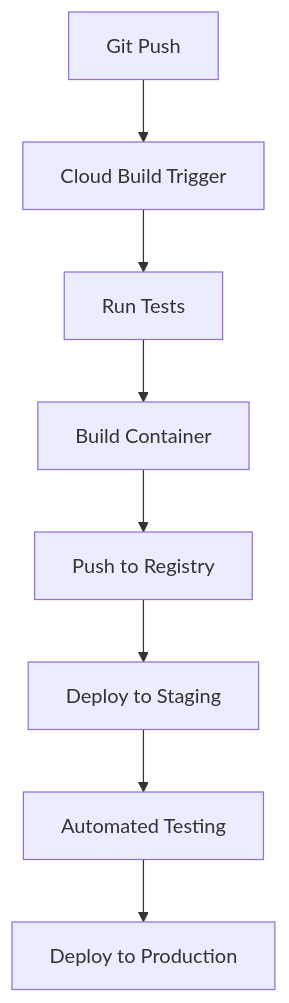
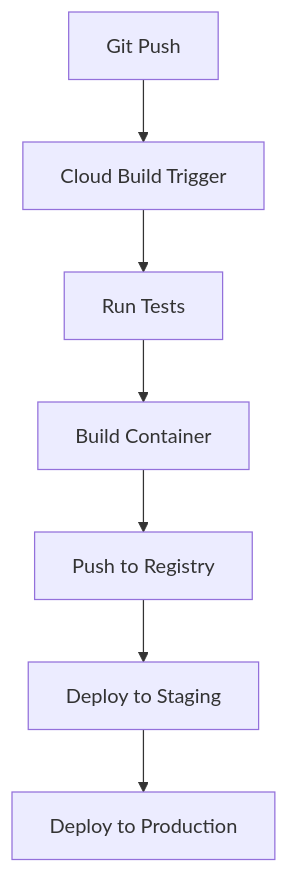
The diagram in README.md (royal-dsouza/salesTransaction-http-etl), drawn with Mermaid before and after one commit.

````diff
--- a/README.md
+++ b/README.md
@@ -74,10 +74,9 @@
 ```mermaid
 graph TD
     A[Git Push] --> B[Cloud Build Trigger]
     B --> C[Run Tests]
     C --> D[Build Container]
     D --> E[Push to Registry]
     E --> F[Deploy to Staging]
-    F --> G[Automated Testing]
-    G --> H[Deploy to Production]
+    F --> G[Deploy to Production]
 ```
````
